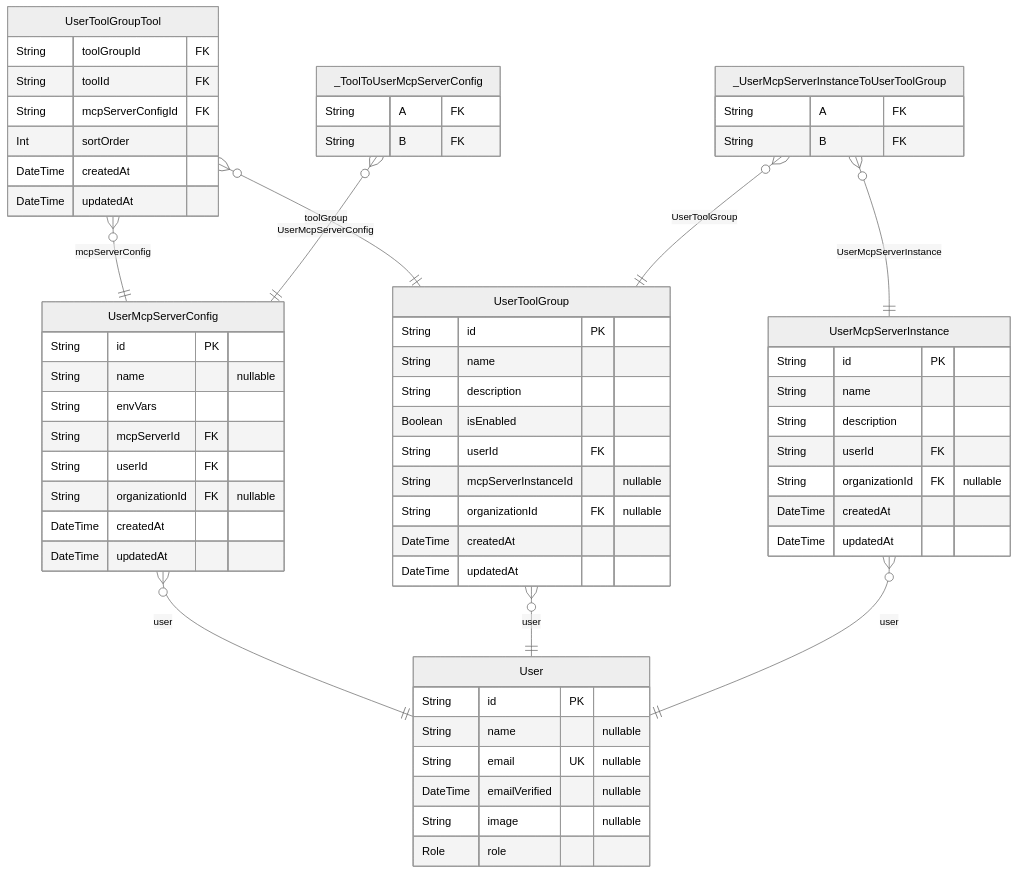
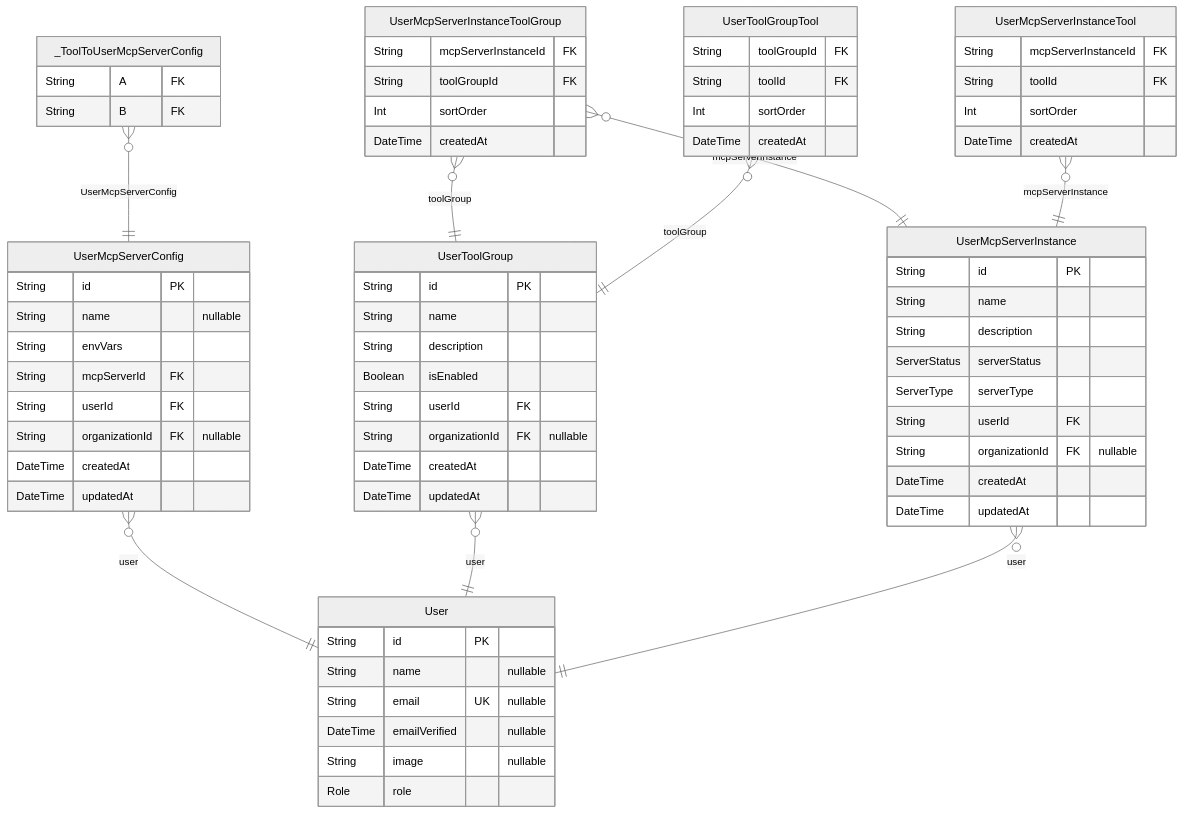
One commit to rayven122/tumiki changed the fourth of 4 diagrams in prisma/README.md. Above: the diagram before and after it, drawn with Mermaid (neutral theme). The commit also changed other lines of this file and 2 other files, not shown here.

````diff
--- a/prisma/README.md
+++ b/prisma/README.md
@@ -474,65 +491,72 @@
 ```mermaid
 erDiagram
+"UserMcpServerInstanceToolGroup" {
+  String mcpServerInstanceId FK
+  String toolGroupId FK
+  Int sortOrder
+  DateTime createdAt
+}
+"UserMcpServerInstanceTool" {
+  String mcpServerInstanceId FK
+  String toolId FK
+  Int sortOrder
+  DateTime createdAt
+}
 "User" {
   String id PK
   String name "nullable"
   String email UK "nullable"
   DateTime emailVerified "nullable"
   String image "nullable"
   Role role
 }
 "UserMcpServerConfig" {
   String id PK
   String name "nullable"
   String envVars
   String mcpServerId FK
   String userId FK
   String organizationId FK "nullable"
   DateTime createdAt
   DateTime updatedAt
 }
 "UserToolGroupTool" {
   String toolGroupId FK
   String toolId FK
-  String mcpServerConfigId FK
   Int sortOrder
   DateTime createdAt
-  DateTime updatedAt
 }
 "UserToolGroup" {
   String id PK
   String name
   String description
   Boolean isEnabled
   String userId FK
-  String mcpServerInstanceId "nullable"
   String organizationId FK "nullable"
   DateTime createdAt
   DateTime updatedAt
 }
 "UserMcpServerInstance" {
   String id PK
   String name
   String description
+  ServerStatus serverStatus
+  ServerType serverType
   String userId FK
   String organizationId FK "nullable"
   DateTime createdAt
   DateTime updatedAt
 }
 "_ToolToUserMcpServerConfig" {
   String A FK
   String B FK
 }
-"_UserMcpServerInstanceToUserToolGroup" {
-  String A FK
-  String B FK
-}
+"UserMcpServerInstanceToolGroup" }o--|| "UserMcpServerInstance" : mcpServerInstance
+"UserMcpServerInstanceToolGroup" }o--|| "UserToolGroup" : toolGroup
+"UserMcpServerInstanceTool" }o--|| "UserMcpServerInstance" : mcpServerInstance
 "UserMcpServerConfig" }o--|| "User" : user
 "UserToolGroupTool" }o--|| "UserToolGroup" : toolGroup
-"UserToolGroupTool" }o--|| "UserMcpServerConfig" : mcpServerConfig
 "UserToolGroup" }o--|| "User" : user
 "UserMcpServerInstance" }o--|| "User" : user
 "_ToolToUserMcpServerConfig" }o--|| "UserMcpServerConfig" : UserMcpServerConfig
-"_UserMcpServerInstanceToUserToolGroup" }o--|| "UserMcpServerInstance" : UserMcpServerInstance
-"_UserMcpServerInstanceToUserToolGroup" }o--|| "UserToolGroup" : UserToolGroup
 ```
````
